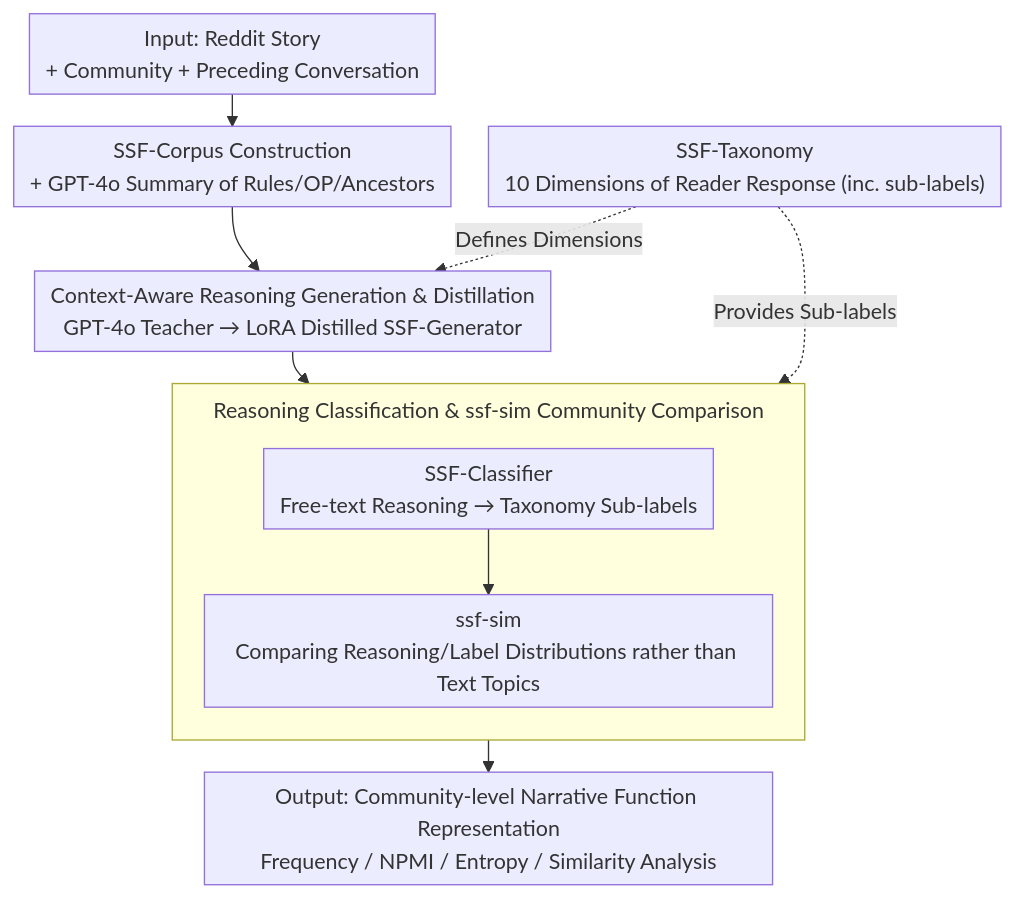
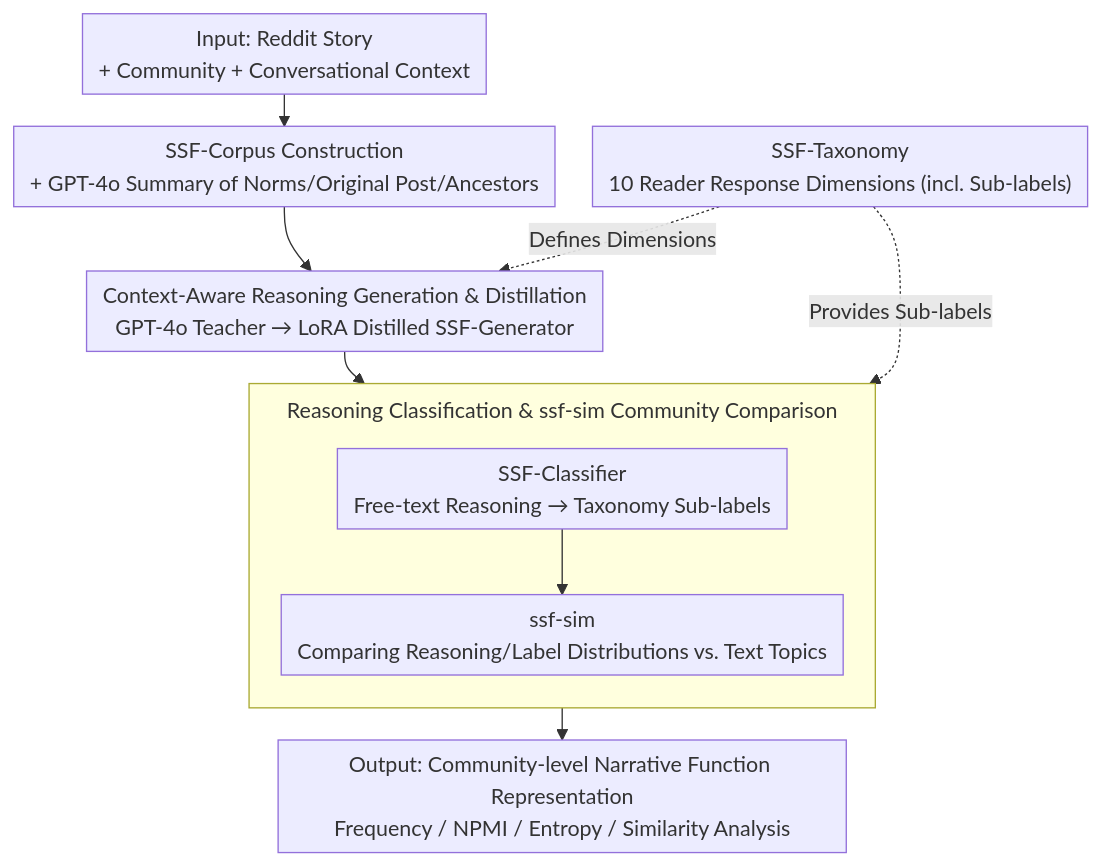
One commit to zhaoyang97/Paper-Notes-en changed the diagram in docs/ACL2026/model_compression/social_story_frames_contextual_reasoning_about_narrative_intent_and_reception.md. Above: the diagram before and after it, drawn with Mermaid. The commit also changed other lines of this file and 5084 other files, not shown here.

````diff
--- a/docs/ACL2026/model_compression/social_story_frames_contextual_reasoning_about_narrative_intent_and_reception.md
+++ b/docs/ACL2026/model_compression/social_story_frames_contextual_reasoning_about_narrative_intent_and_reception.md
@@ -43,15 +43,15 @@
 ```mermaid
 %%{init: {'flowchart': {'rankSpacing': 24, 'nodeSpacing': 28, 'padding': 6, 'wrappingWidth': 400, 'subGraphTitleMargin': {'top': 8, 'bottom': 16}}}}%%
 flowchart TD
-    A["Input: Reddit Story<br/>+ Community + Preceding Conversation"] --> B["SSF-Corpus Construction<br/>+ GPT-4o Summary of Rules/OP/Ancestors"]
-    TAX["SSF-Taxonomy<br/>10 Dimensions of Reader Response (inc. sub-labels)"]
+    A["Input: Reddit Story<br/>+ Community + Conversational Context"] --> B["SSF-Corpus Construction<br/>+ GPT-4o Summary of Norms/Original Post/Ancestors"]
+    TAX["SSF-Taxonomy<br/>10 Reader Response Dimensions (incl. Sub-labels)"]
     B --> GEN["Context-Aware Reasoning Generation & Distillation<br/>GPT-4o Teacher → LoRA Distilled SSF-Generator"]
     TAX -.Defines Dimensions.-> GEN
     subgraph SIM["Reasoning Classification & ssf-sim Community Comparison"]
         direction TB
-        CLS["SSF-Classifier<br/>Free-text Reasoning → Taxonomy Sub-labels"] --> SS["ssf-sim<br/>Comparing Reasoning/Label Distributions rather than Text Topics"]
+        CLS["SSF-Classifier<br/>Free-text Reasoning → Taxonomy Sub-labels"] --> SS["ssf-sim<br/>Comparing Reasoning/Label Distributions vs. Text Topics"]
     end
     GEN --> CLS
     TAX -.Provides Sub-labels.-> CLS
     SS --> OUT["Output: Community-level Narrative Function Representation<br/>Frequency / NPMI / Entropy / Similarity Analysis"]
 ```
````
